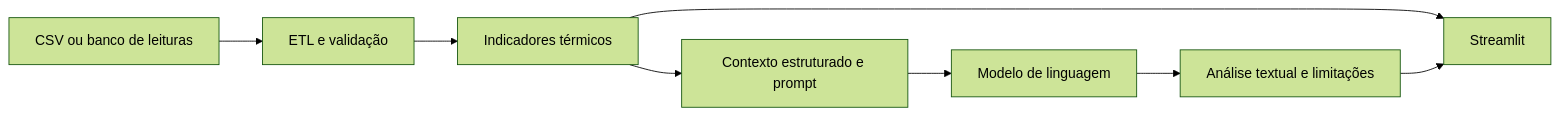
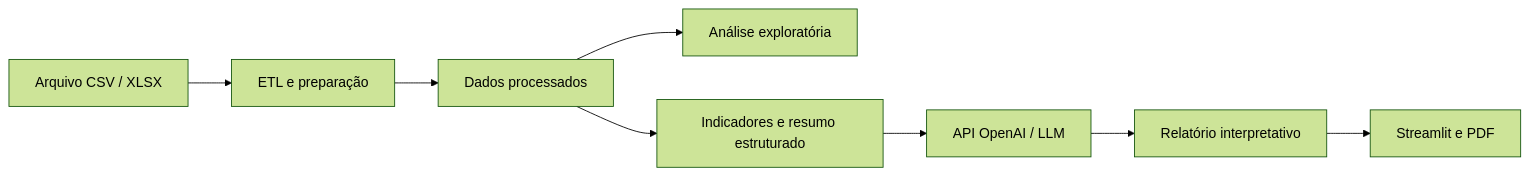
The diagram in README.md (JeanKoerich/analise-termica-llm), drawn with Mermaid (forest theme) before and after one commit. The commit also changed other lines of this file and 5 other files, not shown here.

````diff
--- a/README.md
+++ b/README.md
@@ -17,10 +24,10 @@
 ```mermaid
 flowchart LR
-    A[CSV ou banco de leituras] --> B[ETL e validação]
-    B --> C[Indicadores térmicos]
-    C --> D[Contexto estruturado e prompt]
-    D --> E[Modelo de linguagem]
-    E --> F[Análise textual e limitações]
-    C --> G[Streamlit]
-    F --> G
+    A[Arquivo CSV / XLSX] --> B[ETL e preparação]
+    B --> C[Dados processados]
+    C --> D[Análise exploratória]
+    C --> E[Indicadores e resumo estruturado]
+    E --> F[API OpenAI / LLM]
+    F --> G[Relatório interpretativo]
+    G --> H[Streamlit e PDF]
 ```
````
